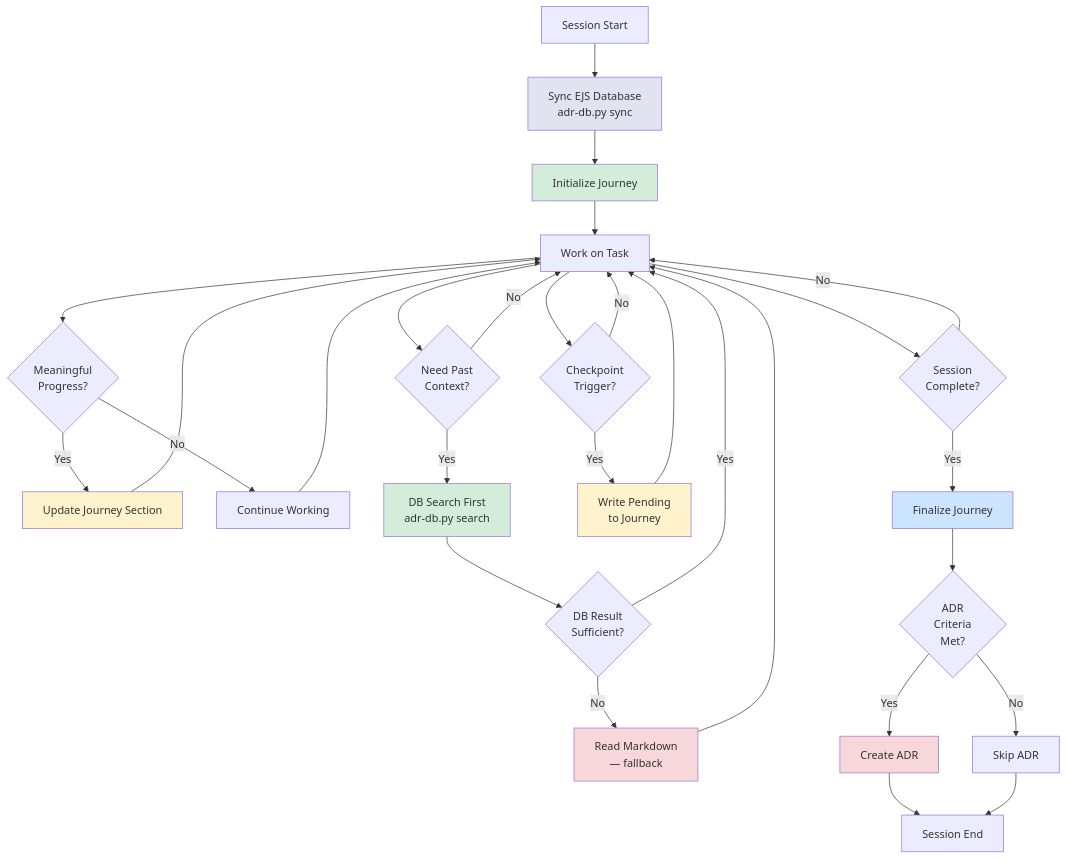
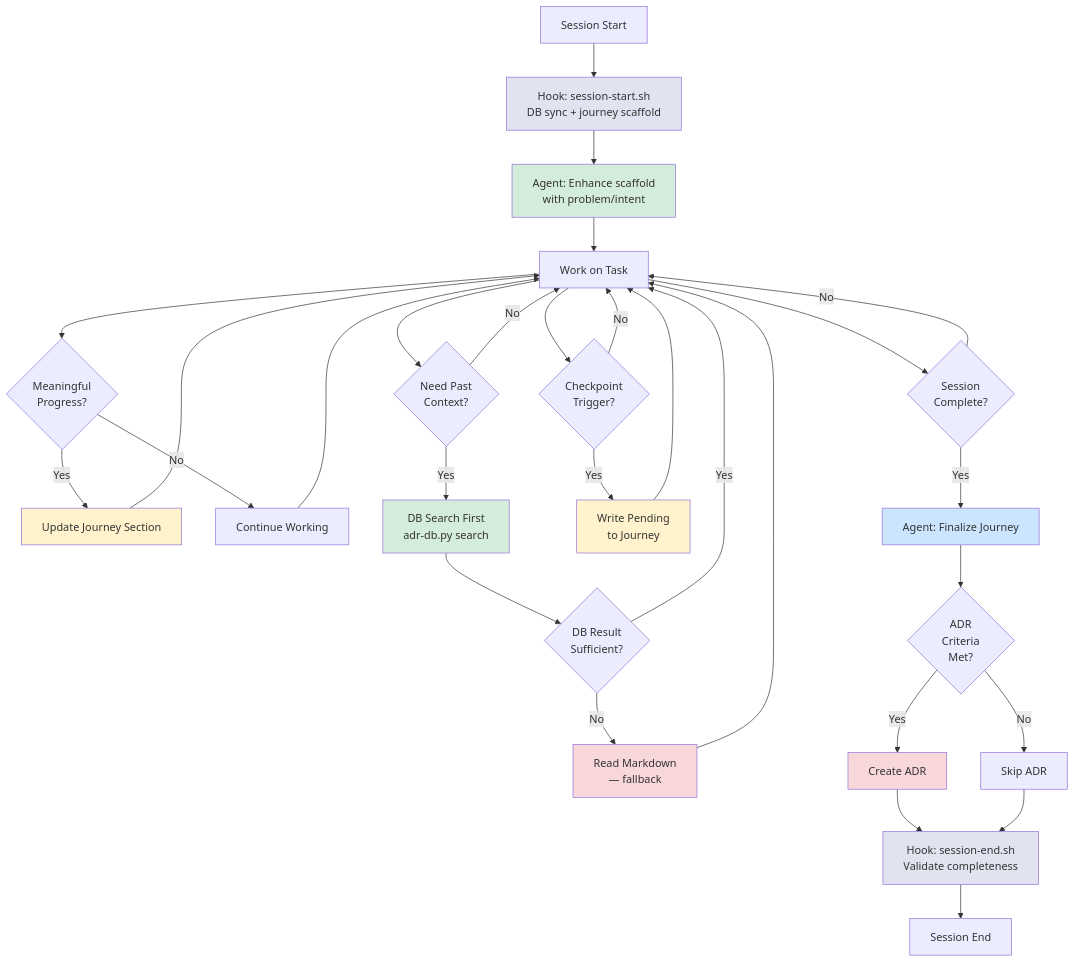
The third of 6 diagrams in ejs-docs/session-lifecycle-patterns.md (McFuzzySquirrel/Engineering-Journey-System), drawn with Mermaid before and after one commit. The commit also changed other lines of this file and 1 other file, not shown here.

First line of the commit message:
Update README.md and session-lifecycle-patterns.md for hooks

````diff
--- a/ejs-docs/session-lifecycle-patterns.md
+++ b/ejs-docs/session-lifecycle-patterns.md
@@ -201,39 +212,41 @@
 ```mermaid
 flowchart TD
-    Start[Session Start] --> Sync[Sync EJS Database<br/>adr-db.py sync]
-    Sync --> Init[Initialize Journey]
-    Init --> Work[Work on Task]
+    Start[Session Start] --> HookStart[Hook: session-start.sh<br/>DB sync + journey scaffold]
+    HookStart --> Enhance[Agent: Enhance scaffold<br/>with problem/intent]
+    Enhance --> Work[Work on Task]
     Work --> Update{Meaningful<br/>Progress?}
     Update -->|Yes| Record[Update Journey Section]
     Record --> Work
     Update -->|No| Continue[Continue Working]
     Continue --> Work
     Work --> Ref{Need Past<br/>Context?}
     Ref -->|Yes| DBSearch[DB Search First<br/>adr-db.py search]
     DBSearch --> DBSufficient{DB Result<br/>Sufficient?}
     DBSufficient -->|Yes| Work
     DBSufficient -->|No| ReadMD[Read Markdown<br/>— fallback]
     ReadMD --> Work
     Ref -->|No| Work
     Work --> Checkpoint{Checkpoint<br/>Trigger?}
     Checkpoint -->|Yes| Save[Write Pending<br/>to Journey]
     Save --> Work
     Checkpoint -->|No| Work
     Work --> Done{Session<br/>Complete?}
     Done -->|No| Work
-    Done -->|Yes| Finalize[Finalize Journey]
+    Done -->|Yes| Finalize[Agent: Finalize Journey]
     Finalize --> ADR{ADR<br/>Criteria<br/>Met?}
     ADR -->|Yes| CreateADR[Create ADR]
     ADR -->|No| Skip[Skip ADR]
-    CreateADR --> End[Session End]
-    Skip --> End
+    CreateADR --> HookEnd[Hook: session-end.sh<br/>Validate completeness]
+    Skip --> HookEnd
+    HookEnd --> End[Session End]
     
-    style Sync fill:#e2e3f1
-    style Init fill:#d4edda
+    style HookStart fill:#e2e3f1
+    style HookEnd fill:#e2e3f1
+    style Enhance fill:#d4edda
     style Record fill:#fff3cd
     style Save fill:#fff3cd
     style Finalize fill:#cce5ff
     style CreateADR fill:#f8d7da
     style DBSearch fill:#d4edda
     style ReadMD fill:#f8d7da
 ```
````
